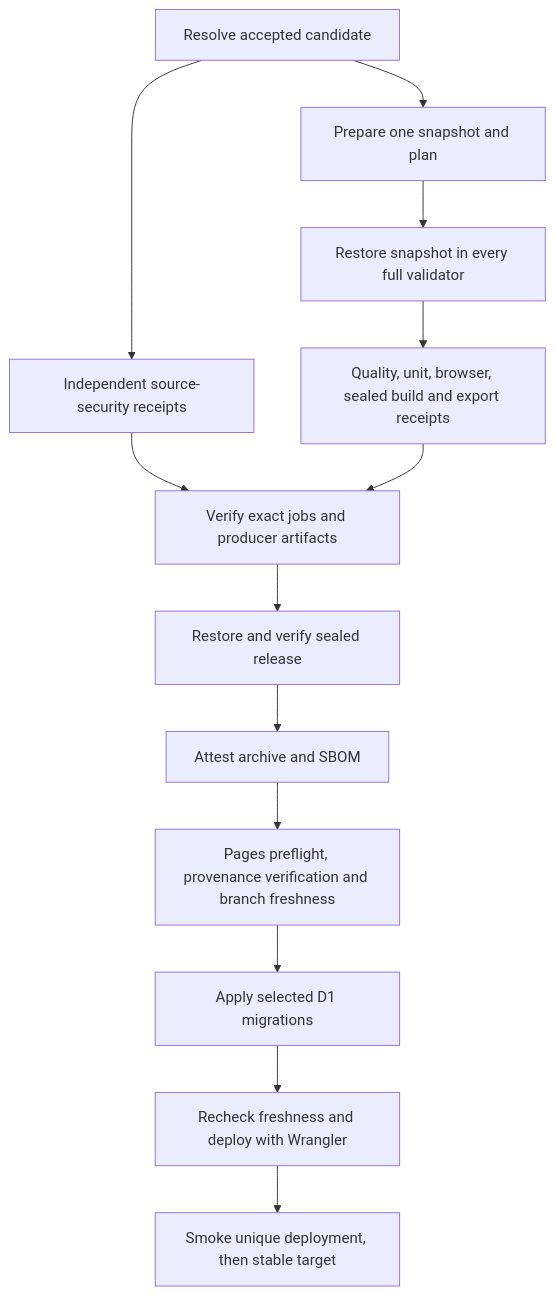
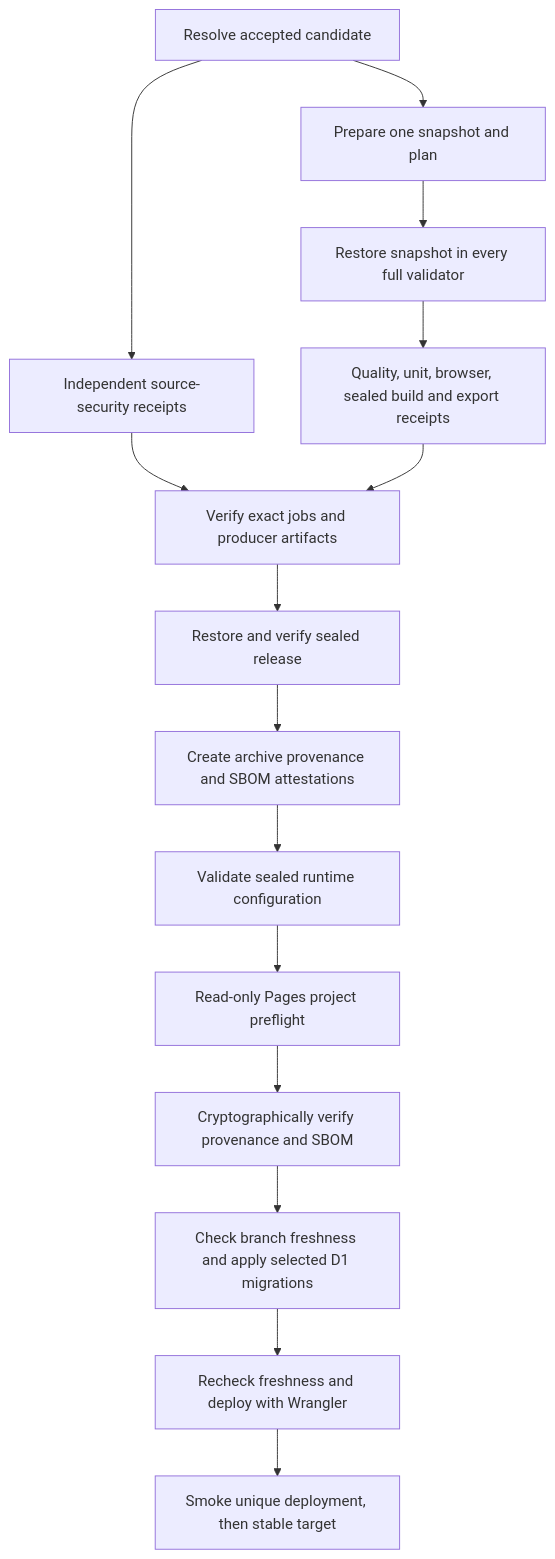
One commit to nicolasgioanni/Smart-Porfolio changed the diagram in docs/operations/DEPLOYMENT.md. Above: the diagram before and after it, drawn with Mermaid. The commit also changed other lines of this file and 8 other files, not shown here.

First line of the commit message:
docs(ci): align guides with sealed parallel verification

````diff
--- a/docs/operations/DEPLOYMENT.md
+++ b/docs/operations/DEPLOYMENT.md
@@ -196,15 +196,17 @@
 ```mermaid
 flowchart TD
     A[Resolve accepted candidate] --> B[Prepare one snapshot and plan]
     A --> S[Independent source-security receipts]
     B --> C[Restore snapshot in every full validator]
     C --> D[Quality, unit, browser, sealed build and export receipts]
     S --> G[Verify exact jobs and producer artifacts]
     D --> G
     G --> H[Restore and verify sealed release]
-    H --> I[Attest archive and SBOM]
-    I --> J[Pages preflight, provenance verification and branch freshness]
-    J --> K[Apply selected D1 migrations]
-    K --> L[Recheck freshness and deploy with Wrangler]
-    L --> M[Smoke unique deployment, then stable target]
+    H --> I[Create archive provenance and SBOM attestations]
+    I --> J[Validate sealed runtime configuration]
+    J --> K[Read-only Pages project preflight]
+    K --> L[Cryptographically verify provenance and SBOM]
+    L --> M[Check branch freshness and apply selected D1 migrations]
+    M --> N[Recheck freshness and deploy with Wrangler]
+    N --> O[Smoke unique deployment, then stable target]
 ```
````
